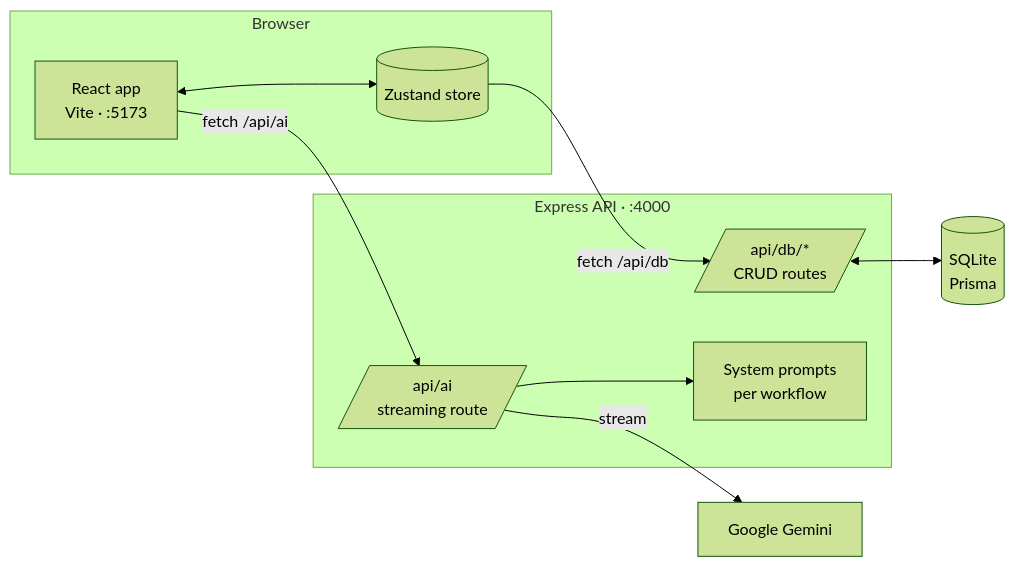
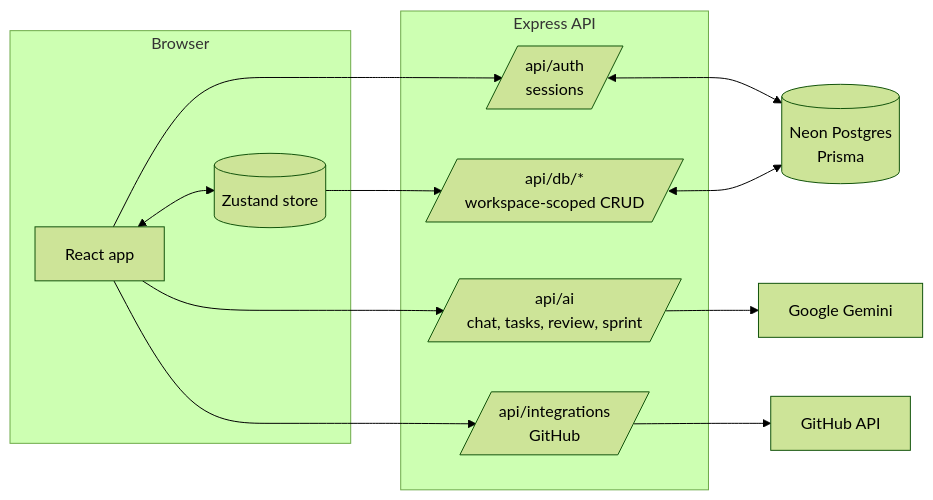
The diagram in README.md (Ratangulati/Prodly), drawn with Mermaid (forest theme) before and after one commit. The commit also changed other lines of this file, not shown here.

````diff
--- a/README.md
+++ b/README.md
@@ -46,23 +77,28 @@
 ```mermaid
 flowchart LR
     subgraph Browser
-        UI[React app<br/>Vite · :5173]
+        UI[React app]
         Store[(Zustand store)]
         UI <--> Store
     end
 
-    subgraph Server[Express API · :4000]
-        DB_API[/api/db/*<br/>CRUD routes/]
-        AI_API[/api/ai<br/>streaming route/]
-        Prompts[System prompts<br/>per workflow]
+    subgraph Server[Express API]
+        Auth[/api/auth<br/>sessions/]
+        DB_API[/api/db/*<br/>workspace-scoped CRUD/]
+        AI_API[/api/ai<br/>chat, tasks, review, sprint/]
+        Int[/api/integrations<br/>GitHub/]
     end
 
-    SQLite[(SQLite<br/>Prisma)]
+    DB[(Neon Postgres<br/>Prisma)]
     Gemini[Google Gemini]
+    GitHub[GitHub API]
 
-    Store -- fetch /api/db --> DB_API
-    UI -- fetch /api/ai --> AI_API
-    DB_API <--> SQLite
-    AI_API --> Prompts
-    AI_API -- stream --> Gemini
+    Store --> DB_API
+    UI --> Auth
+    UI --> AI_API
+    UI --> Int
+    Auth <--> DB
+    DB_API <--> DB
+    AI_API --> Gemini
+    Int --> GitHub
 ```
````
